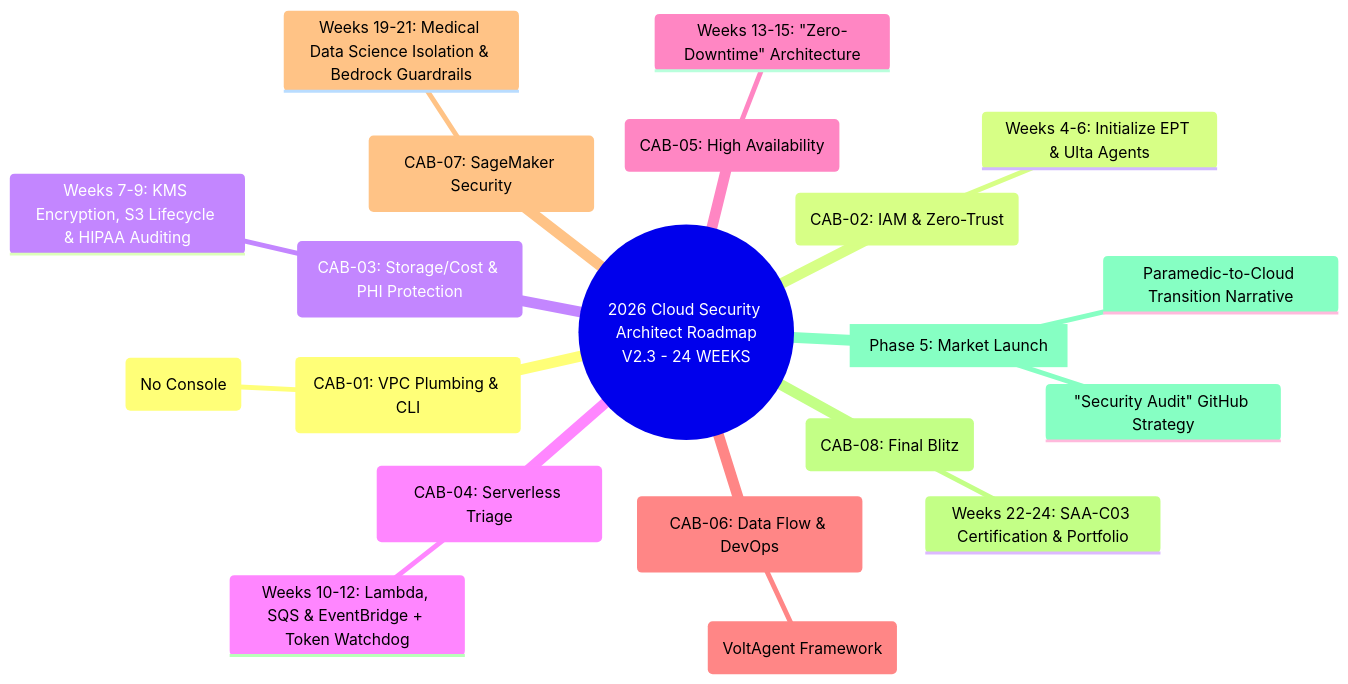
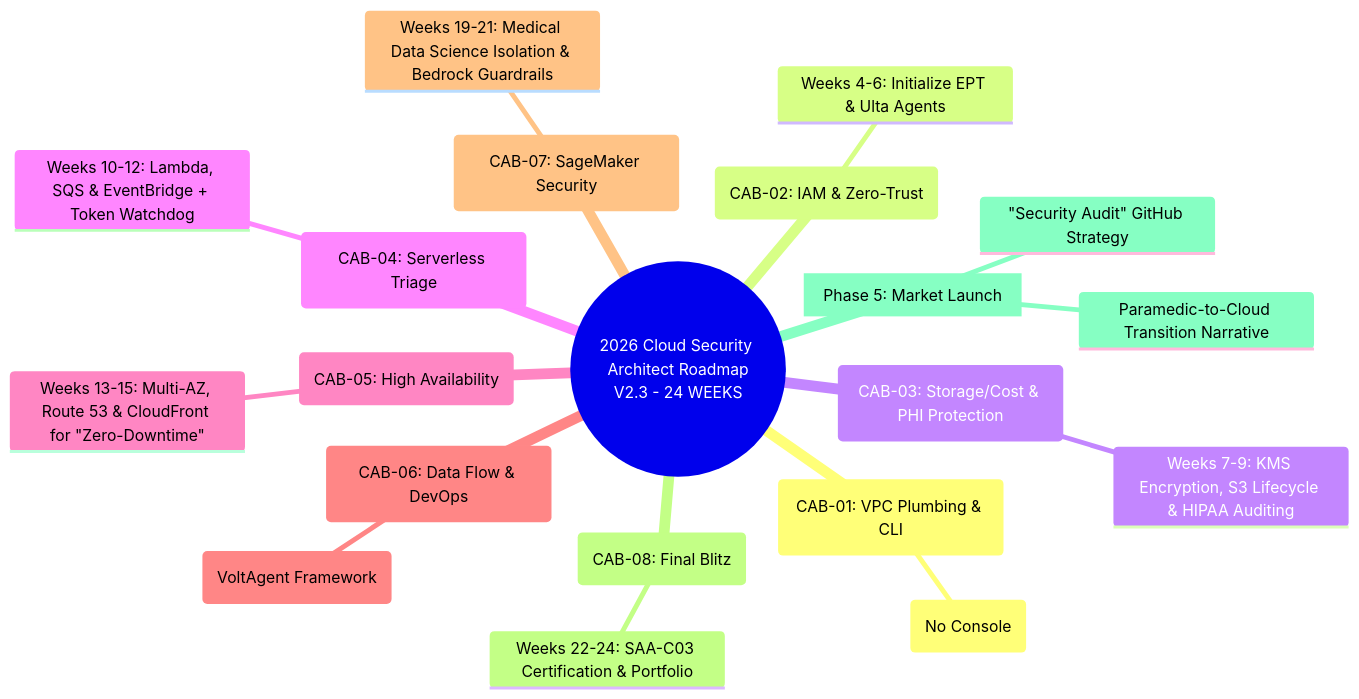
Before and after one commit to 2SMOGss/2026-Cloud-Security-Architect-Roadmap: the diagram in MINDMAP.md, drawn with Mermaid.

Commit message:
docs: add Route 53/CloudFront to CAB-05 mindmap node

````diff
--- a/MINDMAP.md
+++ b/MINDMAP.md
@@ -1,32 +1,32 @@
 ```mermaid
 mindmap
   root((2026 Cloud Security Architect Roadmap<br/>V2.3 - 24 WEEKS))
     (CAB-01: VPC Plumbing & CLI)
       ::icon(fa fa-terminal)
       Weeks 1-3: 3-Tier VPC via Bash (No Console)
     (CAB-02: IAM & Zero-Trust)
       ::icon(fa fa-shield-halved)
       Weeks 4-6: Initialize EPT & Ulta Agents
     (CAB-03: Storage/Cost & PHI Protection)
       ::icon(fa fa-lock)
       Weeks 7-9: KMS Encryption, S3 Lifecycle & HIPAA Auditing
     (CAB-04: Serverless Triage)
       ::icon(fa fa-bolt)
       Weeks 10-12: Lambda, SQS & EventBridge + Token Watchdog
     (CAB-05: High Availability)
       ::icon(fa fa-server)
-      Weeks 13-15: "Zero-Downtime" Architecture
+      Weeks 13-15: Multi-AZ, Route 53 & CloudFront for "Zero-Downtime"
     (CAB-06: Data Flow & DevOps)
       ::icon(fa fa-code-commit)
       Weeks 16-18: Kinesis, Glue ETL & GitHub Actions (VoltAgent Framework)
     (CAB-07: SageMaker Security)
       ::icon(fa fa-brain)
       Weeks 19-21: Medical Data Science Isolation & Bedrock Guardrails
     (CAB-08: Final Blitz)
       ::icon(fa fa-certificate)
       Weeks 22-24: SAA-C03 Certification & Portfolio
     [Phase 5: Market Launch]
       ::icon(fa fa-rocket)
       Paramedic-to-Cloud Transition Narrative
       "Security Audit" GitHub Strategy
 ```
````
